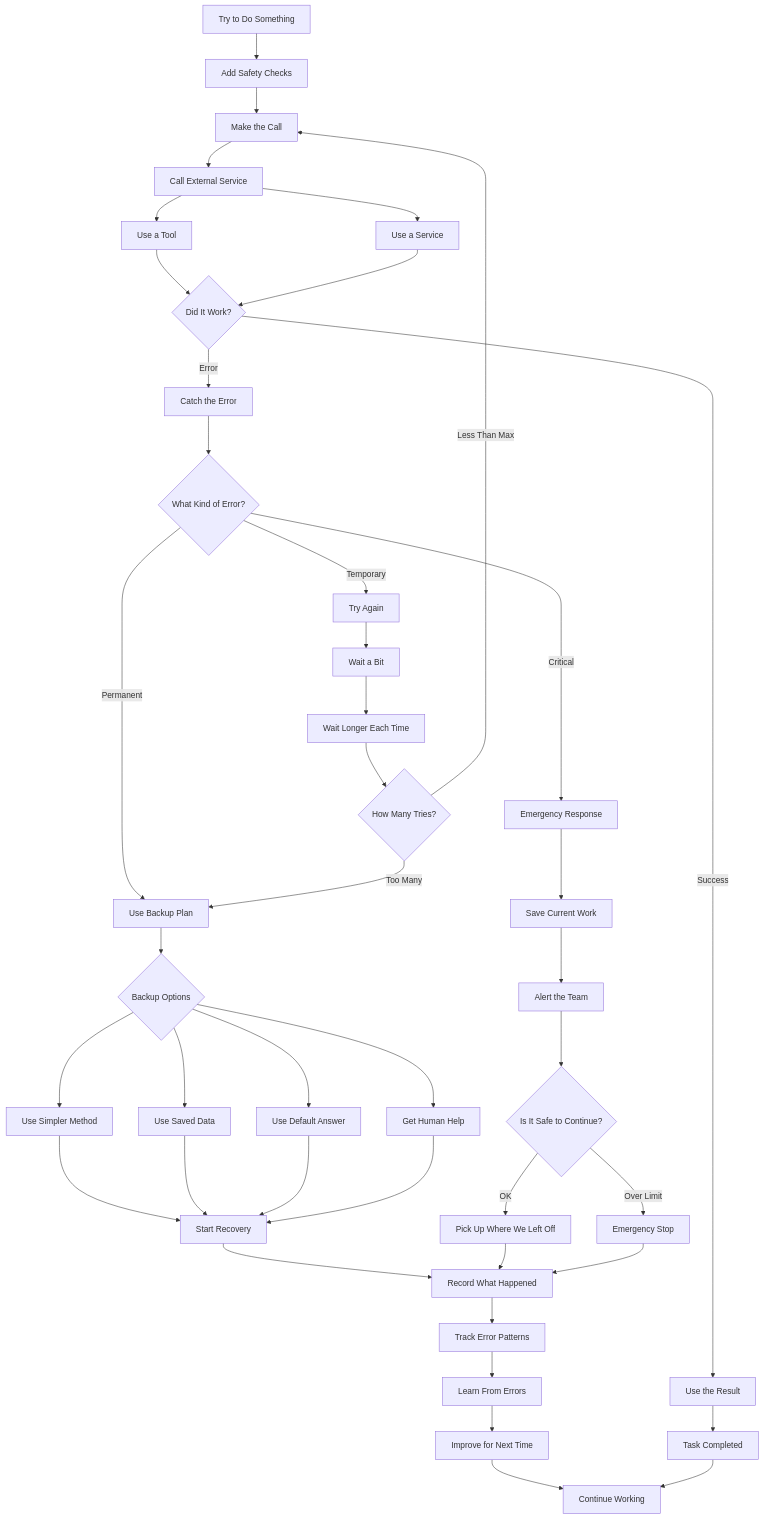
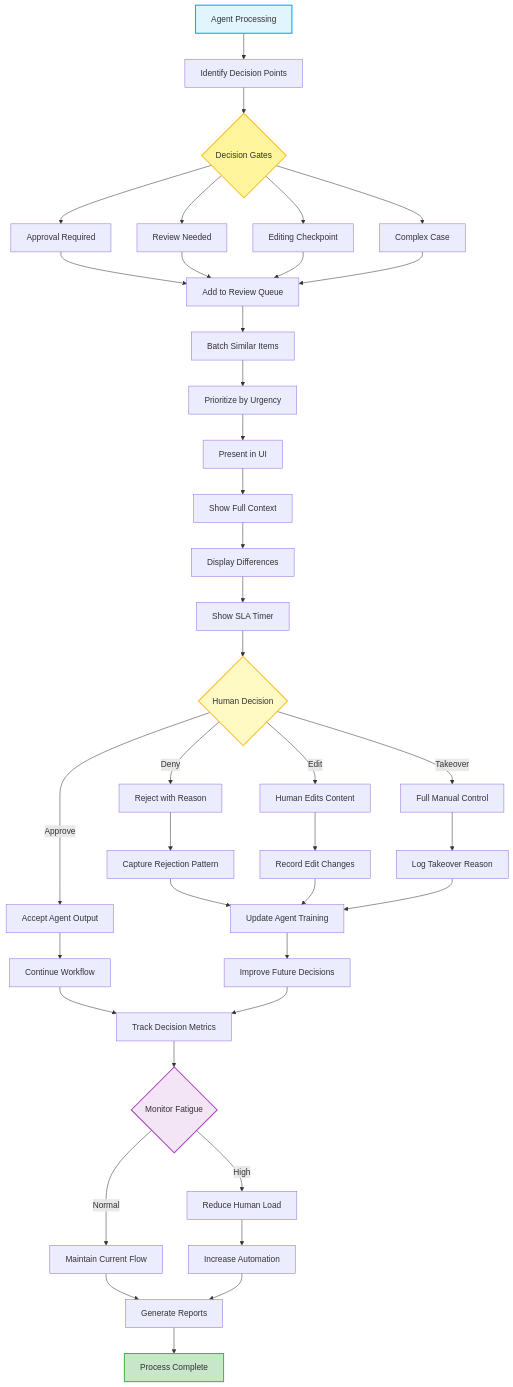
Before and after one commit to Adrian-patrick/agentic-ai-design-patterns: the diagram in README.md, drawn with Mermaid. The commit also changed other lines of this file and 11 other files, not shown here.

````diff
--- a/README.md
+++ b/README.md
@@ -13,60 +13,62 @@
 ```mermaid
 graph TD
-    Start[Try to Do Something] --> Wrap[Add Safety Checks]
+    Start[Agent Processing] --> Identify[Identify Decision Points]
     
-    Wrap --> Call[Make the Call]
-    Call --> External[Call External Service]
-    External --> Tool[Use a Tool]
-    External --> Service[Use a Service]
+    Identify --> Gates{Decision Gates}
     
-    Tool --> Result{Did It Work?}
-    Service --> Result
+    Gates --> Approve[Approval Required]
+    Gates --> Review[Review Needed]
+    Gates --> Edit[Editing Checkpoint]
+    Gates --> Complex[Complex Case]
     
-    Result -->|Success| Process[Use the Result]
-    Result -->|Error| Catch[Catch the Error]
+    Approve --> Queue[Add to Review Queue]
+    Review --> Queue
+    Edit --> Queue
+    Complex --> Queue
     
-    Catch --> WhatKind{What Kind of Error?}
+    Queue --> Batch[Batch Similar Items]
+    Batch --> Priority[Prioritize by Urgency]
     
-    WhatKind -->|Temporary| Retry[Try Again]
-    WhatKind -->|Permanent| Backup[Use Backup Plan]
-    WhatKind -->|Critical| Emergency[Emergency Response]
+    Priority --> UI[Present in UI]
+    UI --> Context[Show Full Context]
+    Context --> Diff[Display Differences]
+    Diff --> SLA[Show SLA Timer]
     
-    Retry --> Wait[Wait a Bit]
-    Wait --> AddTime[Wait Longer Each Time]
-    AddTime --> Count{How Many Tries?}
+    SLA --> Human{Human Decision}
     
-    Count -->|Less Than Max| Call
-    Count -->|Too Many| Backup
+    Human -->|Approve| Accept[Accept Agent Output]
+    Human -->|Deny| Reject[Reject with Reason]
+    Human -->|Edit| Modify[Human Edits Content]
+    Human -->|Takeover| Manual[Full Manual Control]
     
-    Backup --> Options{Backup Options}
+    Accept --> Continue[Continue Workflow]
+    Reject --> Learn1[Capture Rejection Pattern]
+    Modify --> Learn2[Record Edit Changes]
+    Manual --> Learn3[Log Takeover Reason]
     
-    Options --> Simple[Use Simpler Method]
-    Options --> Saved[Use Saved Data]
-    Options --> Default[Use Default Answer]
-    Options --> Human[Get Human Help]
+    Learn1 --> Update[Update Agent Training]
+    Learn2 --> Update
+    Learn3 --> Update
     
-    Simple --> Recover[Start Recovery]
-    Saved --> Recover
-    Default --> Recover
-    Human --> Recover
+    Update --> Improve[Improve Future Decisions]
     
-    Emergency --> SaveWork[Save Current Work]
-    SaveWork --> Alert[Alert the Team]
+    Continue --> Track[Track Decision Metrics]
+    Improve --> Track
     
-    Alert --> Safety{Is It Safe to Continue?}
+    Track --> Fatigue{Monitor Fatigue}
     
-    Safety -->|Over Limit| Stop[Emergency Stop]
-    Safety -->|OK| Resume[Pick Up Where We Left Off]
+    Fatigue -->|High| Reduce[Reduce Human Load]
+    Fatigue -->|Normal| Maintain[Maintain Current Flow]
     
-    Recover --> Record[Record What Happened]
-    Resume --> Record
-    Stop --> Record
+    Reduce --> Automate[Increase Automation]
+    Maintain --> Report[Generate Reports]
+    Automate --> Report
     
-    Record --> Track[Track Error Patterns]
-    Track --> Learn[Learn From Errors]
-    
-    Learn --> Improve[Improve for Next Time]
-    Process --> Success[Task Completed]
-    Improve --> End[Continue Working]
-    Success --> End
+    Report --> End[Process Complete]
+
+    style Start fill:#e1f5fe,stroke:#03a9f4,stroke-width:2px
+    style Gates fill:#fff59d,stroke:#fbc02d,stroke-width:2px
+    style Human fill:#fff9c4,stroke:#fbc02d,stroke-width:2px
+    style Fatigue fill:#f3e5f5,stroke:#ab47bc,stroke-width:2px
+    style End fill:#c8e6c9,stroke:#4caf50,stroke-width:2px
 ```
````
